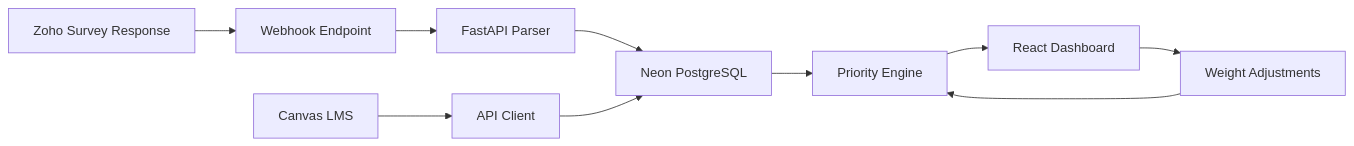
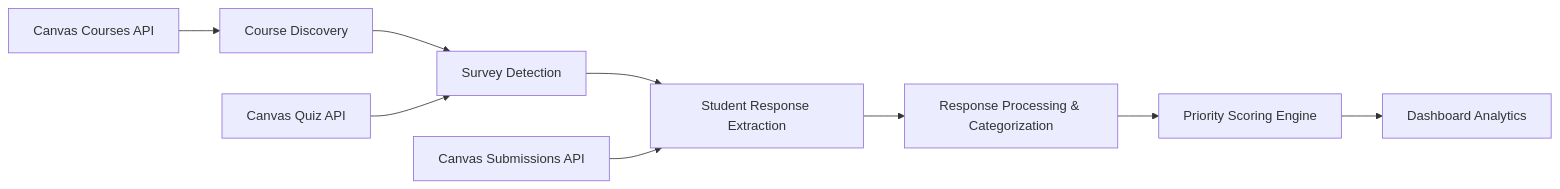
The first of 4 diagrams in CLAUDE.md (miasdk/CourseFeedbackAggregator), drawn with Mermaid before and after one commit. The commit also changed other lines of this file and 2 other files, not shown here.

````diff
--- a/CLAUDE.md
+++ b/CLAUDE.md
@@ -509,14 +367,12 @@
 ```mermaid
 graph LR
-    A[Zoho Survey Response] --> B[Webhook Endpoint]
-    B --> C[FastAPI Parser]
-    C --> D[Neon PostgreSQL]
-    D --> E[Priority Engine]
-    E --> F[React Dashboard]
+    A[Canvas Courses API] --> B[Course Discovery]
+    B --> C[Survey Detection]
+    C --> D[Student Response Extraction]
+    D --> E[Response Processing & Categorization]
+    E --> F[Priority Scoring Engine]
+    F --> G[Dashboard Analytics]
 
-    G[Canvas LMS] --> H[API Client]
-    H --> D
-
-    F --> I[Weight Adjustments]
-    I --> E
+    H[Canvas Quiz API] --> C
+    I[Canvas Submissions API] --> D
 ```
````
